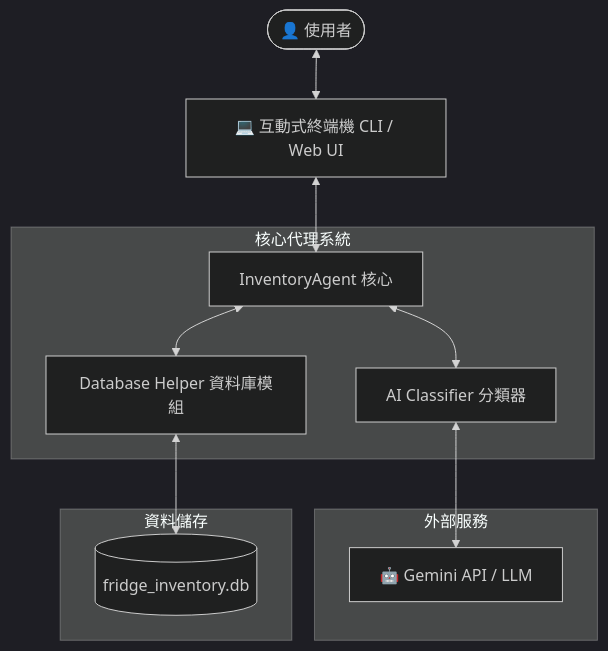
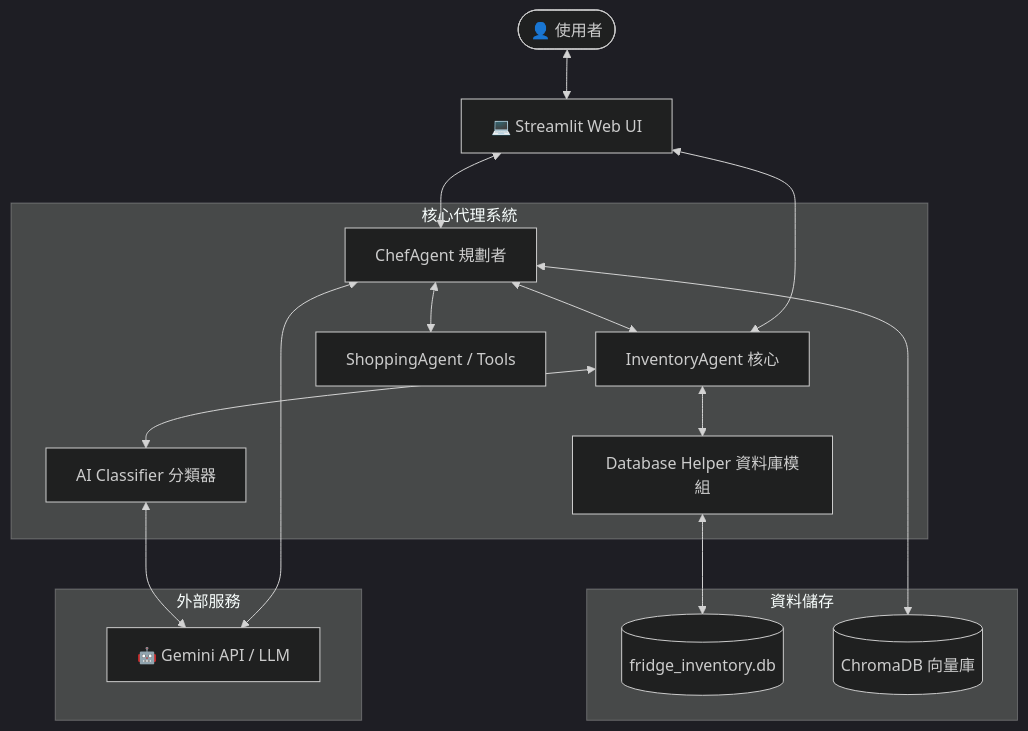
Before and after one commit to hsuvivi1000-design/Smart-Fridge-Manager-: the first of 4 diagrams in docs/ARCHITECTURE.md, drawn with Mermaid (dark theme). The commit also changed other lines of this file and 9 other files, not shown here.

````diff
--- a/docs/ARCHITECTURE.md
+++ b/docs/ARCHITECTURE.md
@@ -7,24 +7,32 @@
 ```mermaid
 graph TD
-    User([👤 使用者]) <--> UI[💻 互動式終端機 CLI / Web UI]
+    User([👤 使用者]) <--> UI[💻 Streamlit Web UI]
 
     subgraph Core Agent System [核心代理系統]
         Manager[InventoryAgent 核心]
         Classifier[AI Classifier 分類器]
         DB[Database Helper 資料庫模組]
+        Chef[ChefAgent 規劃者]
+        Shopping[ShoppingAgent / Tools]
     end
 
     subgraph External Service [外部服務]
         LLM[🤖 Gemini API / LLM]
     end
 
     subgraph Database [資料儲存]
         SQLite[(fridge_inventory.db)]
+        VectorDB[(ChromaDB 向量庫)]
     end
 
+    UI <--> Chef
     UI <--> Manager
+    Chef <--> Manager
+    Chef <--> Shopping
+    Chef <--> LLM
     Manager <--> Classifier
     Classifier <--> LLM
     Manager <--> DB
     DB <--> SQLite
+    Chef <--> VectorDB
 ```
````
